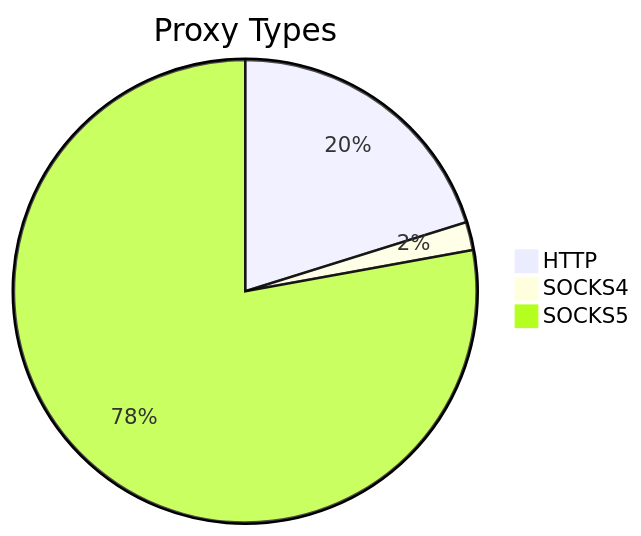
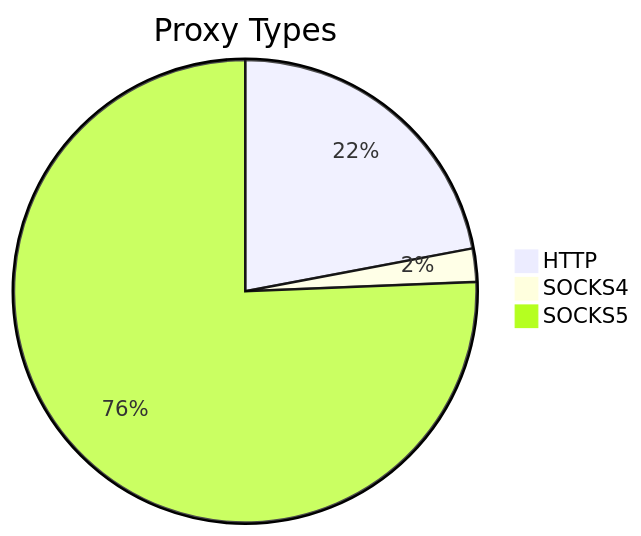
Before and after one commit to stormsia/proxy-list: the first of 2 diagrams in README.md, drawn with Mermaid. The commit also changed other lines of this file, not shown here.

````diff
--- a/README.md
+++ b/README.md
@@ -21,6 +21,6 @@
 ```mermaid
 pie title Proxy Types
-    "HTTP" : 184
-    "SOCKS4" : 18
-    "SOCKS5" : 710
+    "HTTP" : 180
+    "SOCKS4" : 19
+    "SOCKS5" : 618
 ```
````
